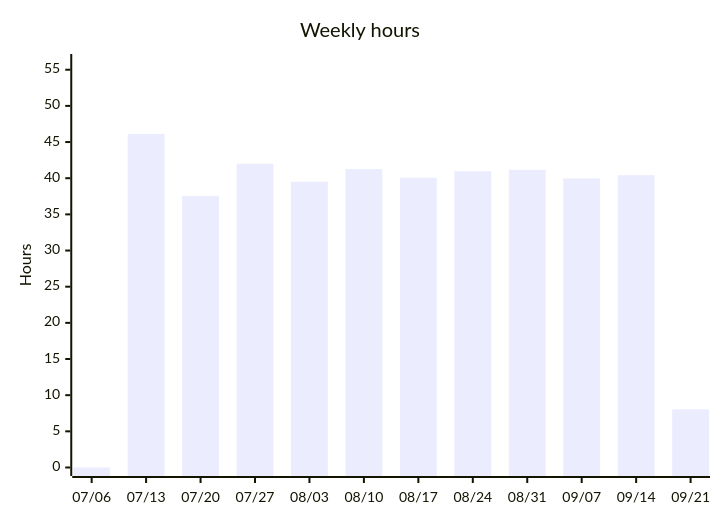
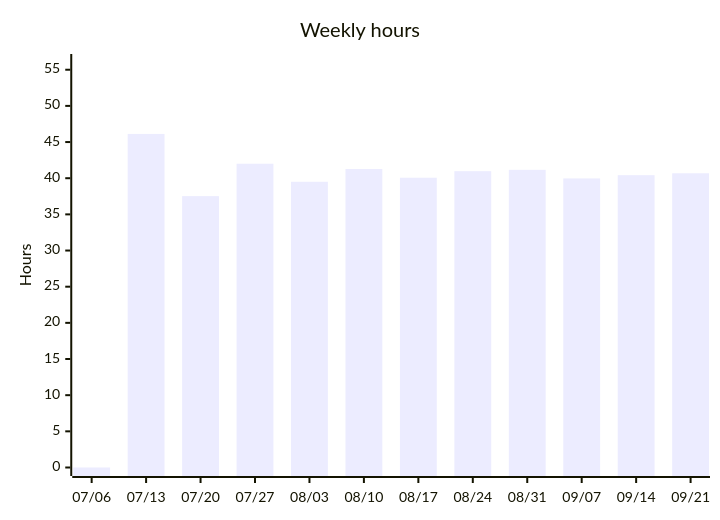
One commit to albinforsberg-netizen/timeclock changed the third of 5 diagrams in README.org. Above: the diagram before and after it, drawn with Mermaid. The commit also changed other lines of this file, not shown here.

```diff
--- a/README.org
+++ b/README.org
@@ -110,7 +110,7 @@
 #+begin_src mermaid
 xychart-beta
     title "Weekly hours"
     x-axis ["07/06", "07/13", "07/20", "07/27", "08/03", "08/10", "08/17", "08/24", "08/31", "09/07", "09/14", "09/21"]
     y-axis "Hours" 0 --> 56
-    bar [0.00, 46.12, 37.52, 42.00, 39.51, 41.28, 40.07, 40.97, 41.16, 39.97, 40.42, 8.04]
+    bar [0.00, 46.12, 37.52, 42.00, 39.51, 41.28, 40.07, 40.97, 41.16, 39.97, 40.42, 40.68]
 #+end_src
```
